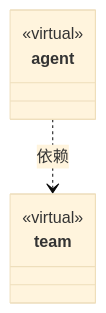
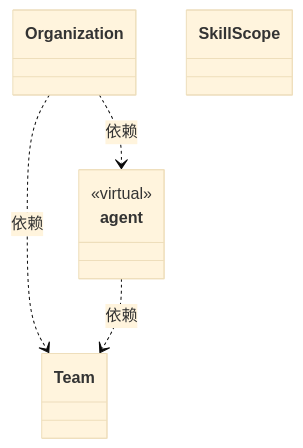
The diagram in src/framework/cability/ARCHITECTURE.md (nan023062/cbim), drawn with Mermaid (base theme) before and after one commit. The commit also changed other lines of this file and 480 other files, not shown here.

````diff
--- a/src/framework/cability/ARCHITECTURE.md
+++ b/src/framework/cability/ARCHITECTURE.md
@@ -18,12 +25,16 @@
 ```mermaid
 classDiagram
 class N_1e7eb579ff71["agent"] {
   <<virtual>>
 }
 click N_1e7eb579ff71 href "agent/ARCHITECTURE.md"
-class N_1d59de272590["team"] {
-  <<virtual>>
-}
-click N_1d59de272590 href "team/ARCHITECTURE.md"
-N_1e7eb579ff71 ..> N_1d59de272590 : 依赖
+class N_2abf3b515e27["Organization"]
+click N_2abf3b515e27 href "organization.ts"
+class N_1aa95976a21f["Team"]
+click N_1aa95976a21f href "team.ts"
+class N_47d5ae9a1a34["SkillScope"]
+click N_47d5ae9a1a34 href "skills.ts"
+N_2abf3b515e27 ..> N_1aa95976a21f : 依赖
+N_2abf3b515e27 ..> N_1e7eb579ff71 : 依赖
+N_1e7eb579ff71 ..> N_1aa95976a21f : 依赖
 ```
````
